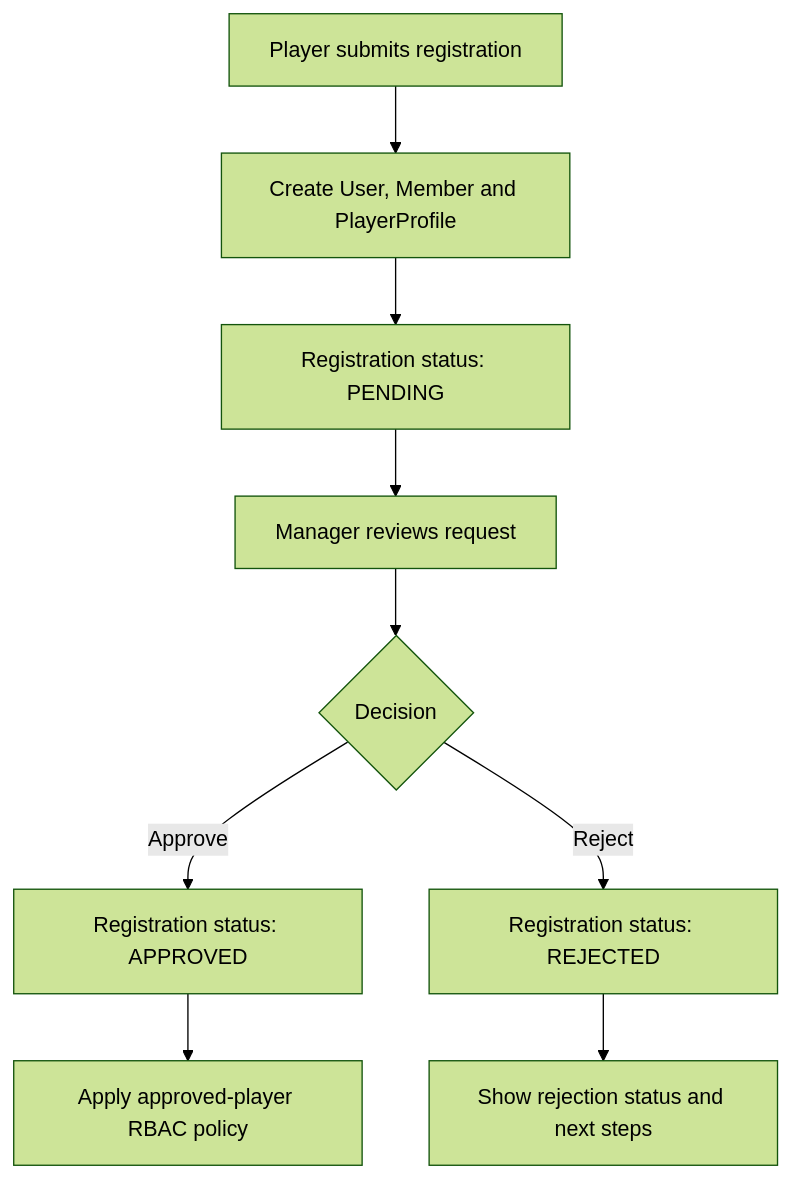
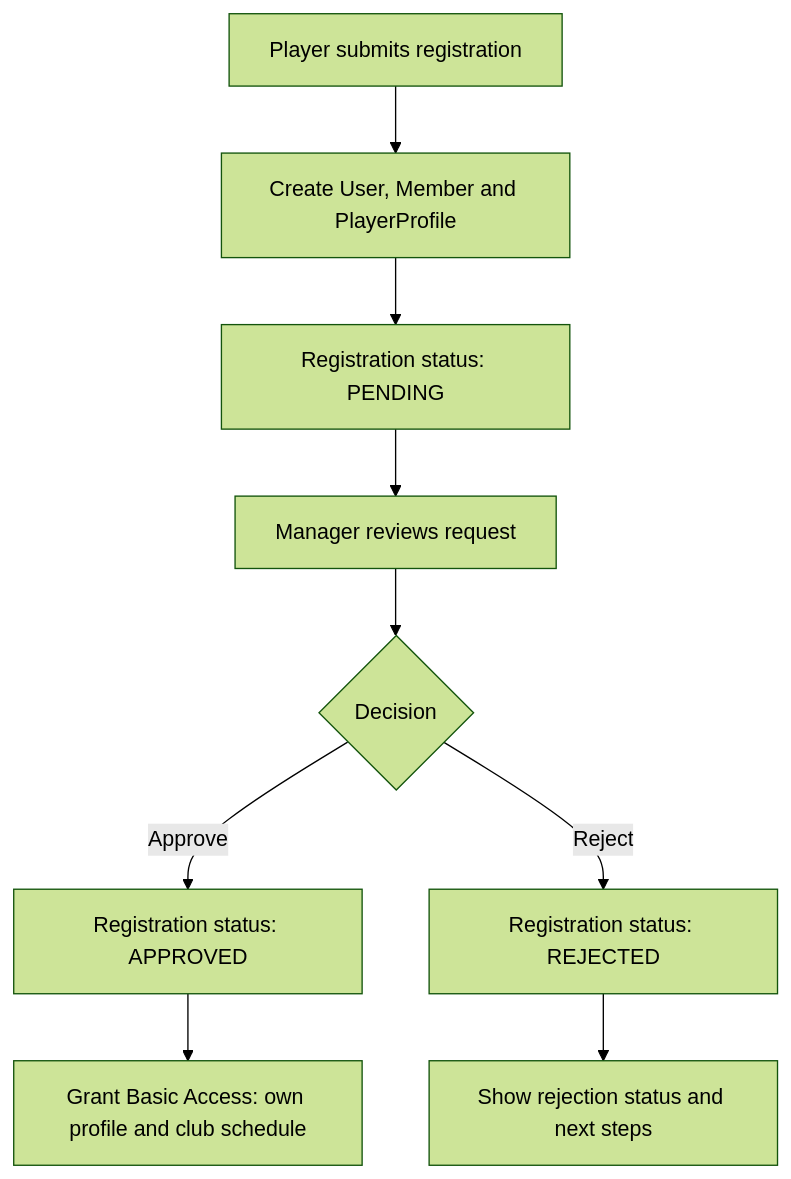
One commit to pyone-cho/pwe changed the sixth of 6 diagrams in docs/badminton/architecture/erd.md. Above: the diagram before and after it, drawn with Mermaid (forest theme). The commit also changed other lines of this file and 3 other files, not shown here.

```diff
--- a/docs/badminton/architecture/erd.md
+++ b/docs/badminton/architecture/erd.md
@@ -262,11 +262,11 @@
 ~~~mermaid
 flowchart TD
     A[Player submits registration] --> B[Create User, Member and PlayerProfile]
     B --> C[Registration status: PENDING]
     C --> D[Manager reviews request]
     D --> E{Decision}
     E -->|Approve| F[Registration status: APPROVED]
     E -->|Reject| G[Registration status: REJECTED]
-    F --> H[Apply approved-player RBAC policy]
+    F --> H[Grant Basic Access: own profile and club schedule]
     G --> I[Show rejection status and next steps]
 ~~~
```
